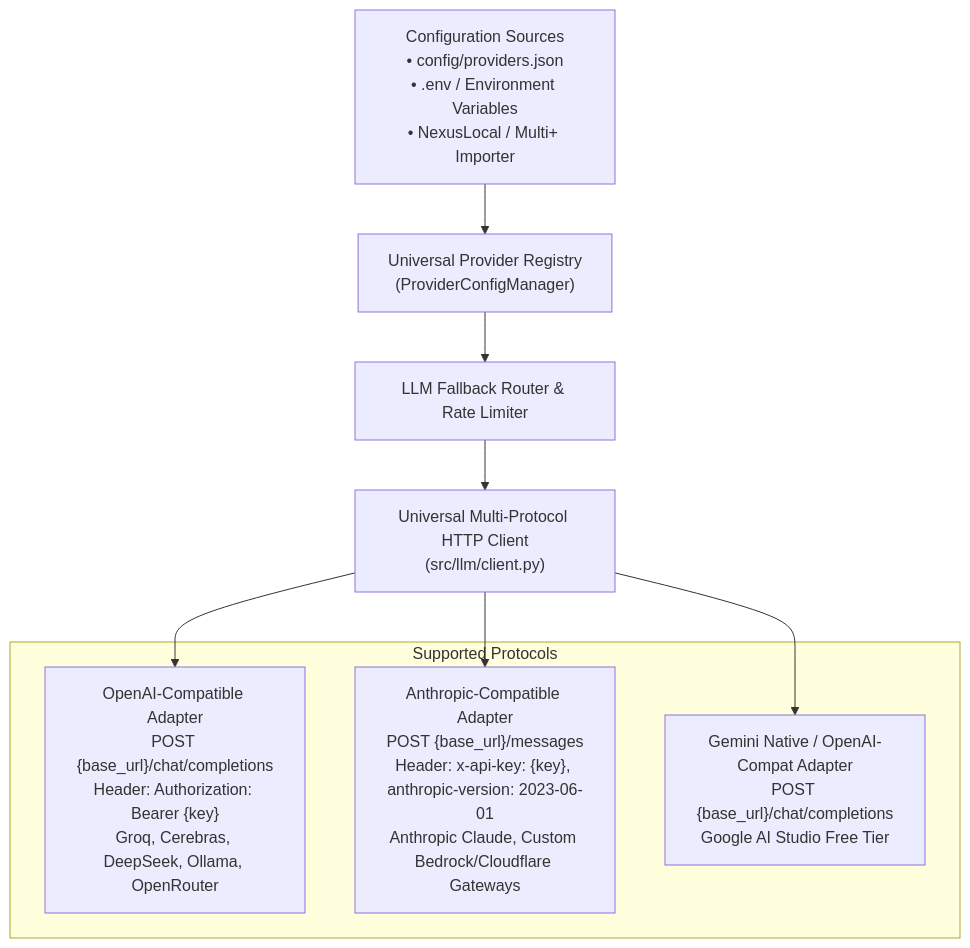
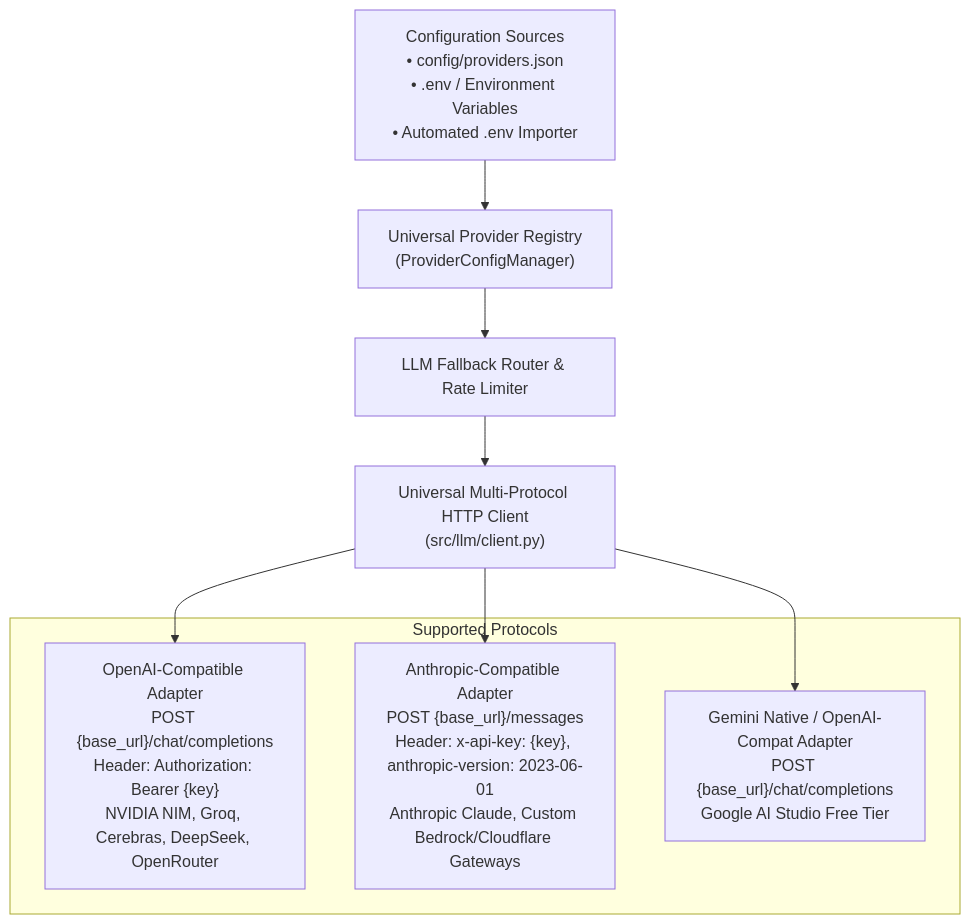
Before and after one commit to Henzen3d/open-family-office: the diagram in docs/CUSTOM_PROVIDERS_AND_COMPATIBILITY_SPEC.md, drawn with Mermaid. The commit also changed other lines of this file and 21 other files, not shown here.

First line of the commit message:
feat(providers): add NVIDIA NIM API provider, remove local Ollama/NexusLocal references

````diff
--- a/docs/CUSTOM_PROVIDERS_AND_COMPATIBILITY_SPEC.md
+++ b/docs/CUSTOM_PROVIDERS_AND_COMPATIBILITY_SPEC.md
@@ -24,18 +24,18 @@
 ```mermaid
 flowchart TD
-    ConfigSources["Configuration Sources<br/>• config/providers.json<br/>• .env / Environment Variables<br/>• NexusLocal / Multi+ Importer"] --> Registry["Universal Provider Registry<br/>(ProviderConfigManager)"]
+    ConfigSources["Configuration Sources<br/>• config/providers.json<br/>• .env / Environment Variables<br/>• Automated .env Importer"] --> Registry["Universal Provider Registry<br/>(ProviderConfigManager)"]
     
     Registry --> Router["LLM Fallback Router & Rate Limiter"]
     
     Router --> Client["Universal Multi-Protocol HTTP Client<br/>(src/llm/client.py)"]
     
     subgraph Protocols["Supported Protocols"]
-        P1["OpenAI-Compatible Adapter<br/>POST {base_url}/chat/completions<br/>Header: Authorization: Bearer {key}<br/>Groq, Cerebras, DeepSeek, Ollama, OpenRouter"]
+        P1["OpenAI-Compatible Adapter<br/>POST {base_url}/chat/completions<br/>Header: Authorization: Bearer {key}<br/>NVIDIA NIM, Groq, Cerebras, DeepSeek, OpenRouter"]
         P2["Anthropic-Compatible Adapter<br/>POST {base_url}/messages<br/>Header: x-api-key: {key}, anthropic-version: 2023-06-01<br/>Anthropic Claude, Custom Bedrock/Cloudflare Gateways"]
         P3["Gemini Native / OpenAI-Compat Adapter<br/>POST {base_url}/chat/completions<br/>Google AI Studio Free Tier"]
     end
     
     Client --> P1
     Client --> P2
     Client --> P3
 ```
````
